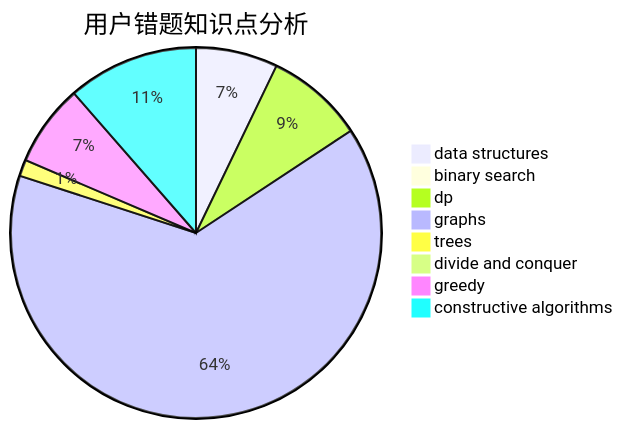
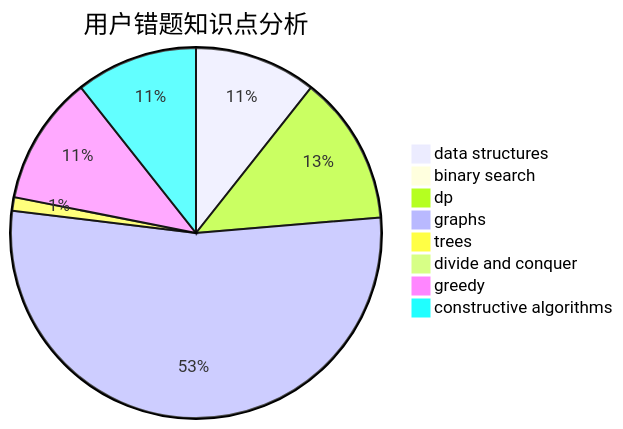
One commit to sherpahu/cfrs.github.io changed the third of 3 diagrams in docs/user/u1317.md. Above: the diagram before and after it, drawn with Mermaid. The commit also changed other lines of this file and 2770 other files, not shown here.

````diff
--- a/docs/user/u1317.md
+++ b/docs/user/u1317.md
@@ -36,11 +36,11 @@
 ```mermaid
 pie title 用户错题知识点分析
-    "data structures" :  10
+    "data structures" :  18
     "binary search" :  1
-    "dp" :  12
+    "dp" :  22
     "graphs" :  90
     "trees" :  2
     "divide and conquer" :  0
-    "greedy" :  10
-    "constructive algorithms" :  16
+    "greedy" :  19
+    "constructive algorithms" :  18
 ```
````
